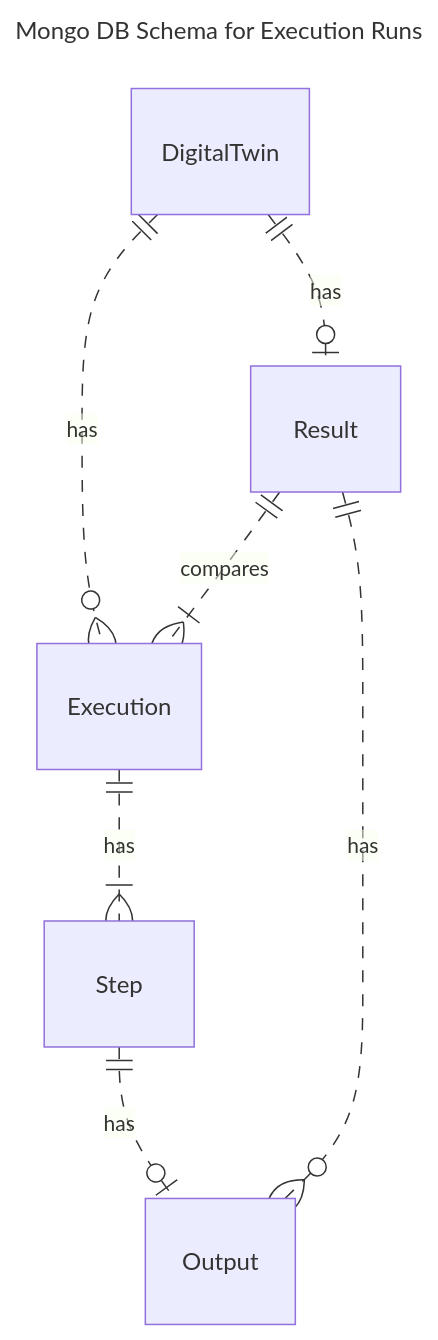
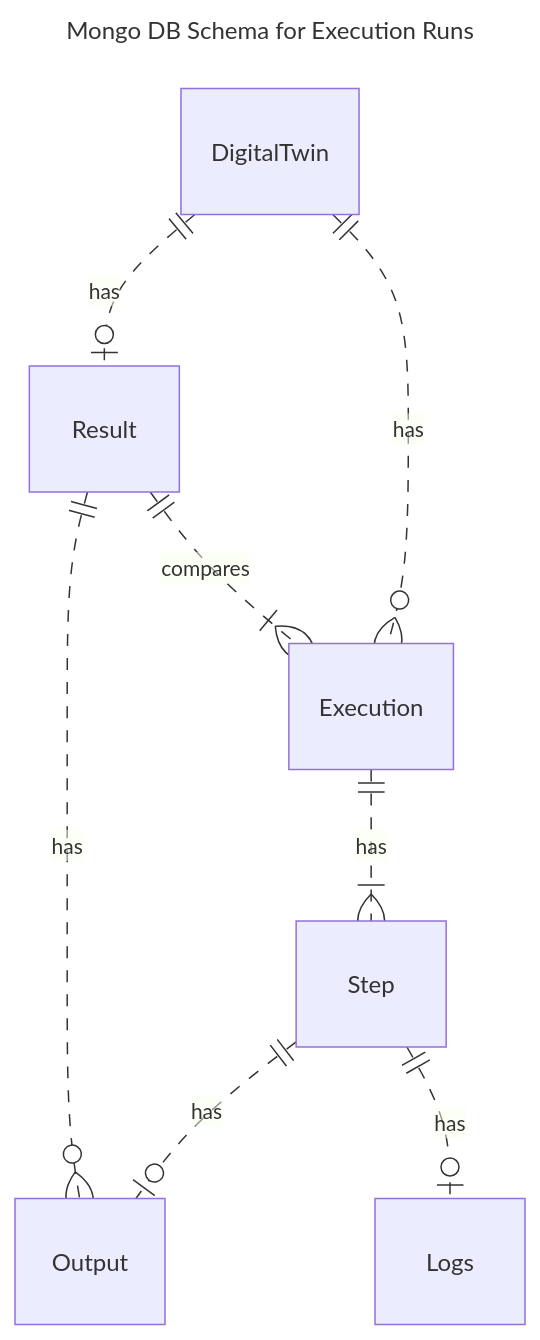
One commit to odtp-org/odtp-manuals changed the third of 3 diagrams in docs/orchestrator/schema.md. Above: the diagram before and after it, drawn with Mermaid. The commit also changed other lines of this file and 106 other files, not shown here.

````diff
--- a/docs/orchestrator/schema.md
+++ b/docs/orchestrator/schema.md
@@ -60,12 +63,13 @@
 ```mermaid
 ---
 title: Mongo DB Schema for Execution Runs
 ---
 erDiagram
     DigitalTwin ||..o{ Execution : has
     Execution ||..|{ Step : has
     Step ||..o| Output : has
+    Step ||..o| Logs : has
     Result ||..o{ Output : has
     Result ||..|{ Execution : compares
     DigitalTwin ||..o| Result : has
-``` 
+```
````
